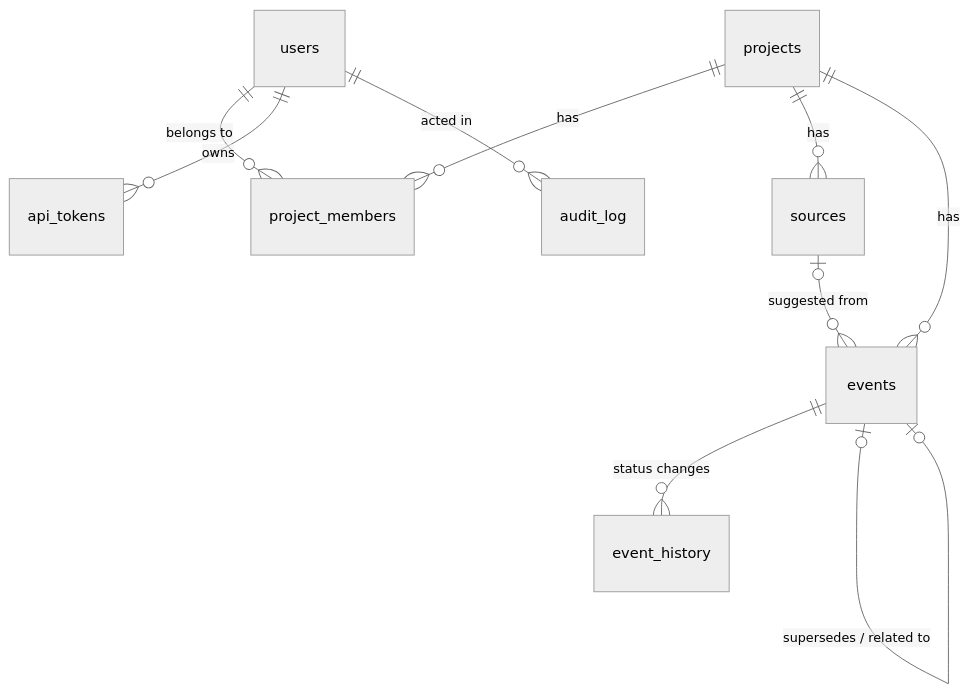
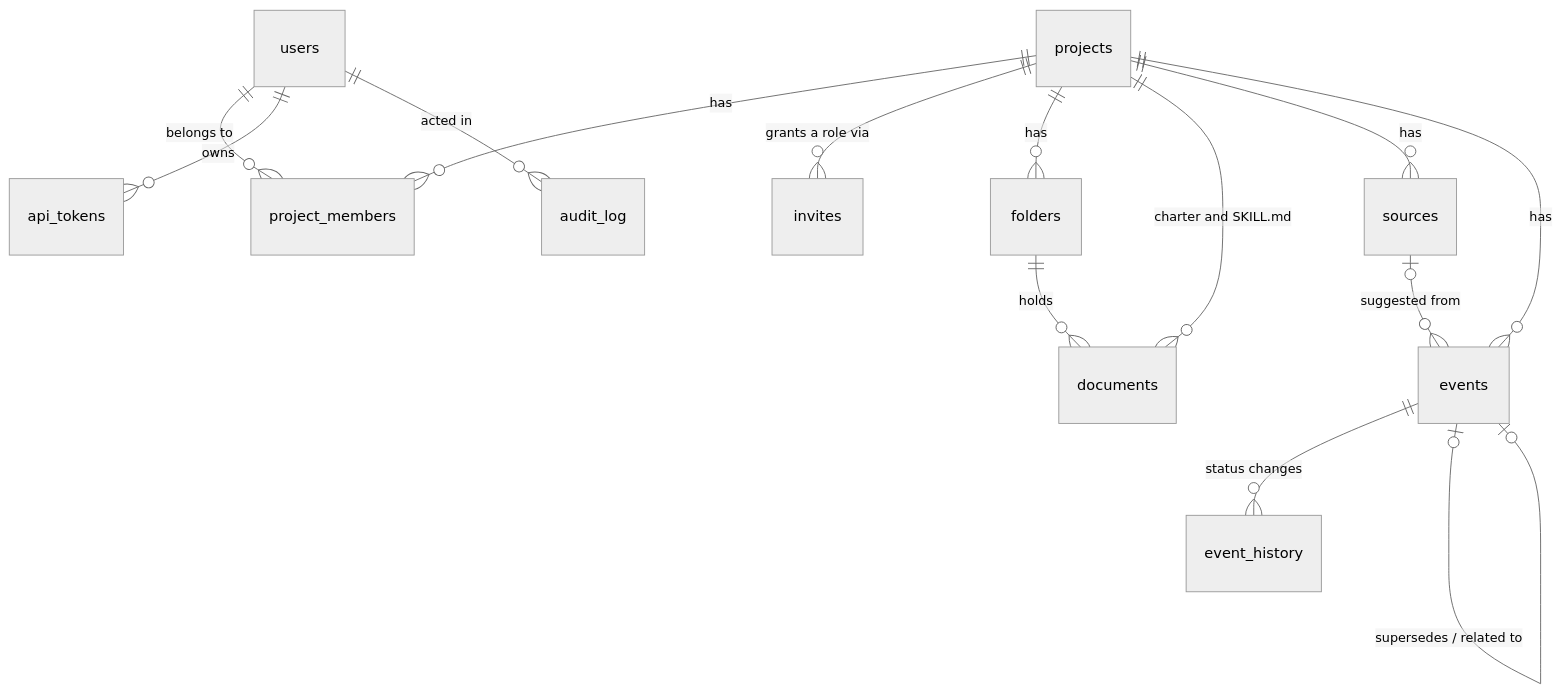
One commit to 161402059SGS/TooGather changed the second of 3 diagrams in ARCHITECTURE.md. Above: the diagram before and after it, drawn with Mermaid (neutral theme). The commit also changed other lines of this file and 24 other files, not shown here.

````diff
--- a/ARCHITECTURE.md
+++ b/ARCHITECTURE.md
@@ -57,12 +76,16 @@
 ```mermaid
 erDiagram
     users ||--o{ project_members : "belongs to"
     projects ||--o{ project_members : has
+    projects ||--o{ invites : "grants a role via"
+    projects ||--o{ folders : has
+    folders ||--o{ documents : holds
+    projects ||--o{ documents : "charter and SKILL.md"
     projects ||--o{ sources : has
     projects ||--o{ events : has
     sources |o--o{ events : "suggested from"
     events ||--o{ event_history : "status changes"
     events |o--o| events : "supersedes / related to"
     users ||--o{ api_tokens : owns
     users ||--o{ audit_log : "acted in"
 ```
````
